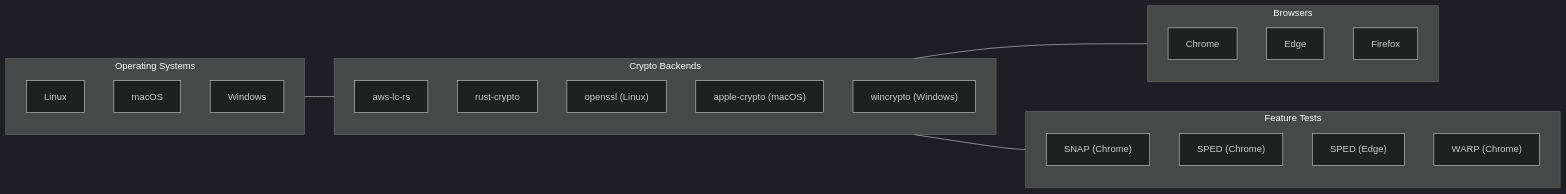
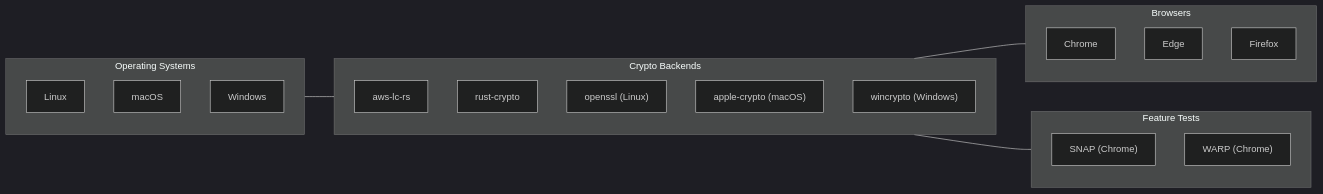
Before and after one commit to xnorpx/str0m_browser_integration_tests: the ninth of 10 diagrams in README.md, drawn with Mermaid (dark theme). The commit also changed other lines of this file and 13 other files, not shown here.

````diff
--- a/README.md
+++ b/README.md
@@ -343,33 +319,31 @@
 ```mermaid
 graph LR
     subgraph OS["Operating Systems"]
         Linux
         macOS
         Windows
     end
 
     subgraph Crypto["Crypto Backends"]
         aws["aws-lc-rs"]
         rust["rust-crypto"]
         ossl["openssl (Linux)"]
         apple["apple-crypto (macOS)"]
         win["wincrypto (Windows)"]
     end
 
     subgraph Browsers["Browsers"]
         Chrome
         Edge
         Firefox
     end
 
     subgraph Features["Feature Tests"]
         SNAP["SNAP (Chrome)"]
-        SPED_C["SPED (Chrome)"]
-        SPED_E["SPED (Edge)"]
         WARP["WARP (Chrome)"]
     end
 
     OS --- Crypto
     Crypto --- Browsers
     Crypto --- Features
 ```
````
